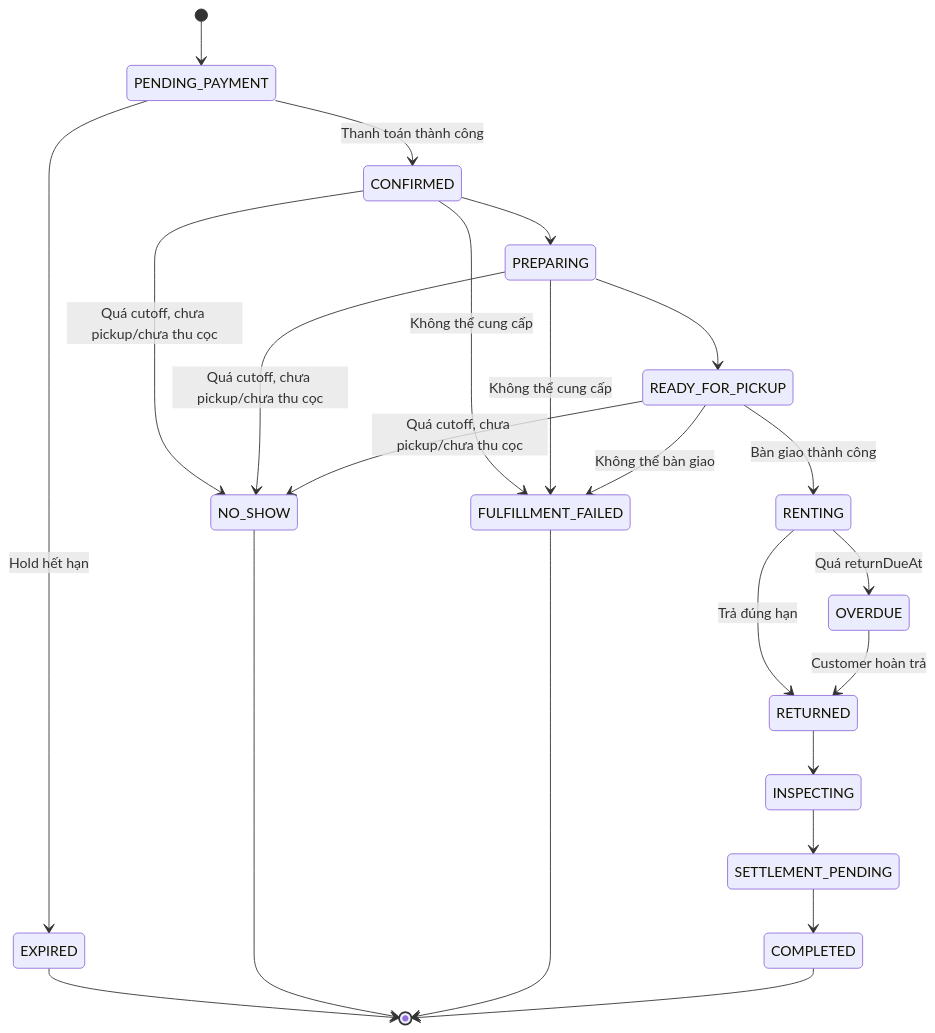
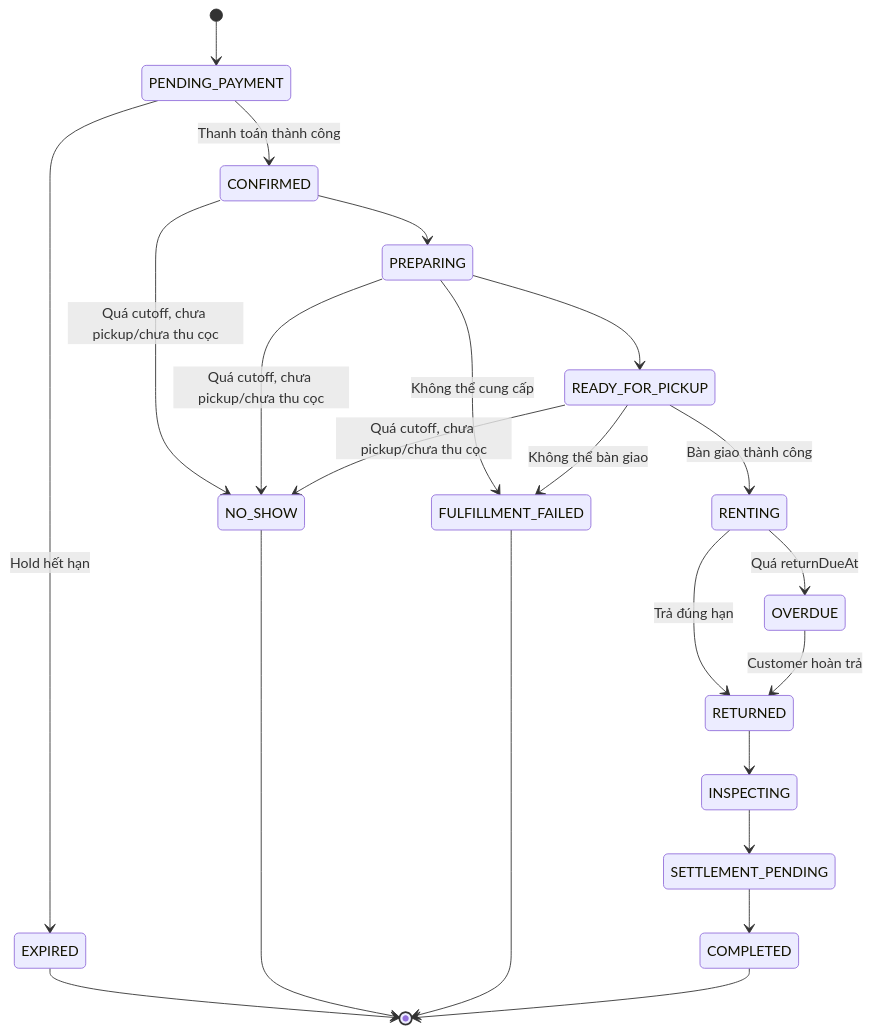
The first of 3 diagrams in docs/business-analysis/05-domain-model/state-models.md (ndd-uit/D-Shop), drawn with Mermaid before and after one commit. The commit also changed other lines of this file and 7 other files, not shown here.

Commit message:
docs: align BA diagrams with rental lifecycle

````diff
--- a/docs/business-analysis/05-domain-model/state-models.md
+++ b/docs/business-analysis/05-domain-model/state-models.md
@@ -7,32 +7,31 @@
 ```mermaid
 stateDiagram-v2
     [*] --> PENDING_PAYMENT
 
     PENDING_PAYMENT --> CONFIRMED : Thanh toán thành công
     PENDING_PAYMENT --> EXPIRED : Hold hết hạn
 
     CONFIRMED --> PREPARING
     PREPARING --> READY_FOR_PICKUP
     READY_FOR_PICKUP --> RENTING : Bàn giao thành công
 
     RENTING --> RETURNED : Trả đúng hạn
     RENTING --> OVERDUE : Quá returnDueAt
     OVERDUE --> RETURNED : Customer hoàn trả
 
     RETURNED --> INSPECTING
     INSPECTING --> SETTLEMENT_PENDING
     SETTLEMENT_PENDING --> COMPLETED
 
-    CONFIRMED --> FULFILLMENT_FAILED : Không thể cung cấp
     PREPARING --> FULFILLMENT_FAILED : Không thể cung cấp
     READY_FOR_PICKUP --> FULFILLMENT_FAILED : Không thể bàn giao
 
     CONFIRMED --> NO_SHOW : Quá cutoff, chưa pickup/chưa thu cọc
     PREPARING --> NO_SHOW : Quá cutoff, chưa pickup/chưa thu cọc
     READY_FOR_PICKUP --> NO_SHOW : Quá cutoff, chưa pickup/chưa thu cọc
 
     EXPIRED --> [*]
     NO_SHOW --> [*]
     FULFILLMENT_FAILED --> [*]
     COMPLETED --> [*]
 ```
````
